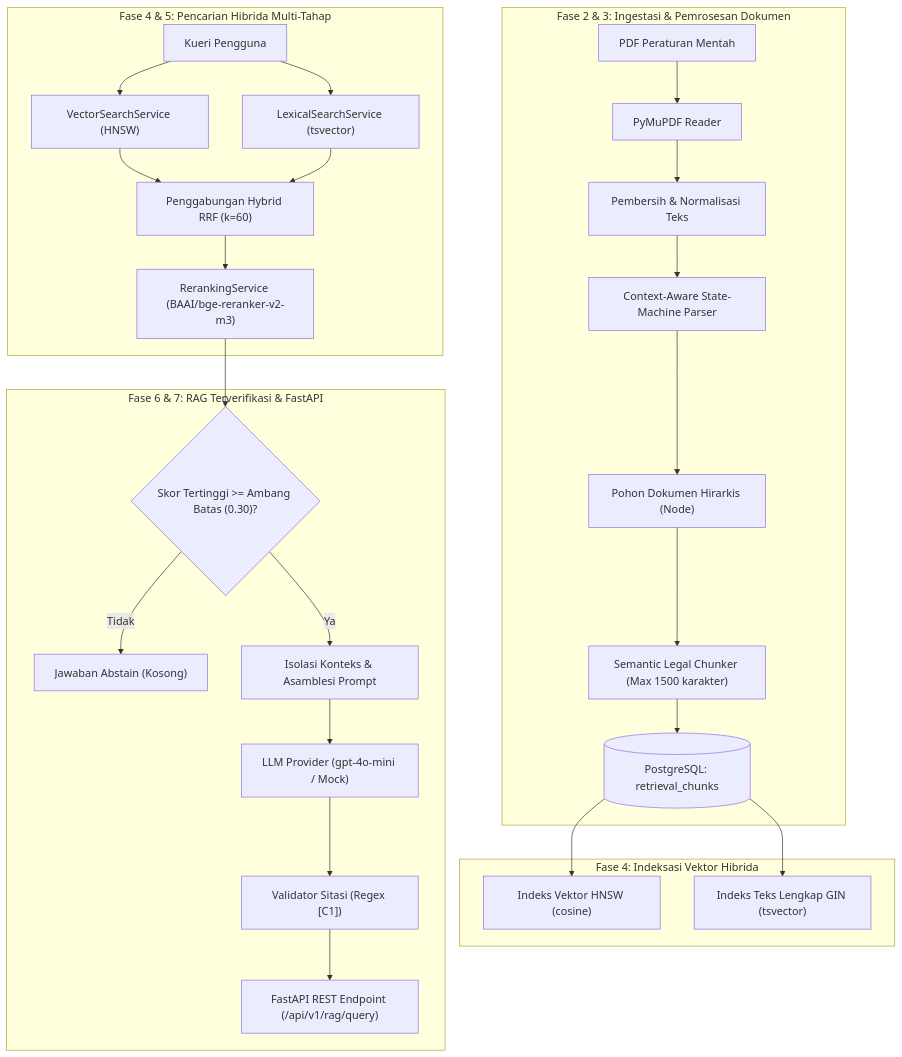
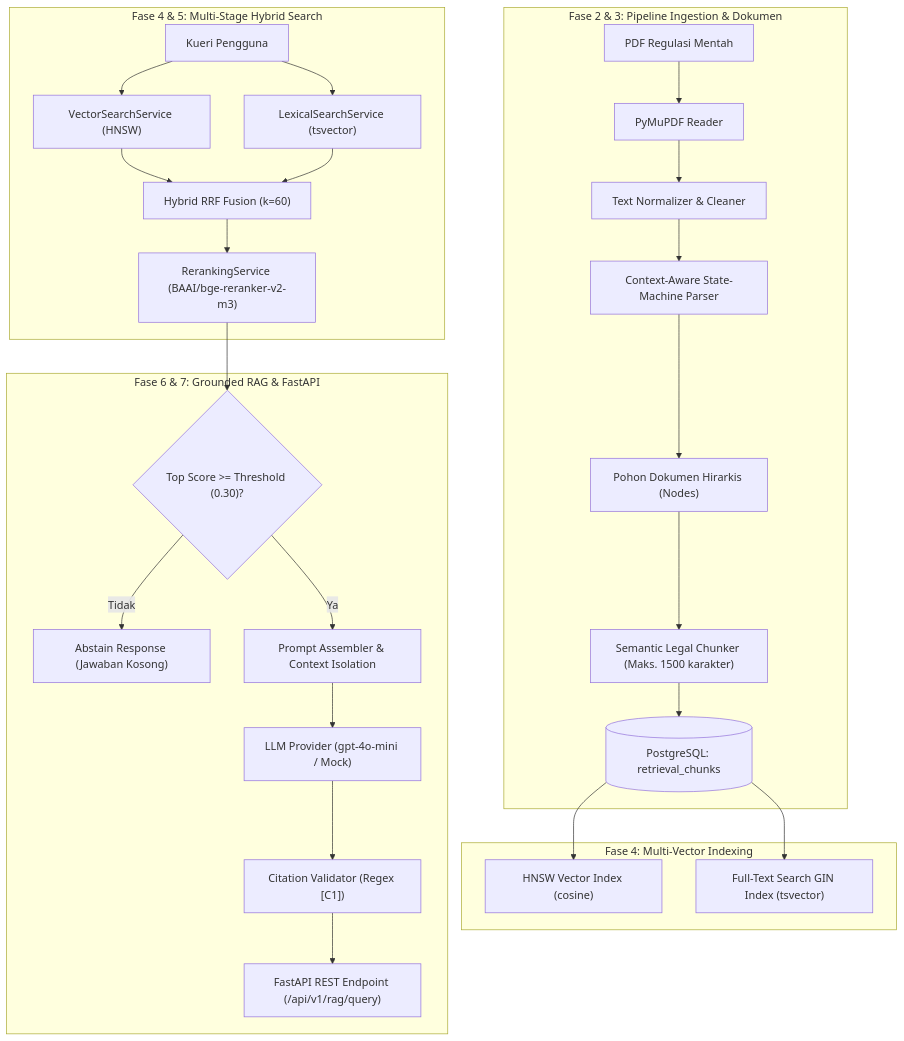
Before and after one commit to ilfijandrisno/finreg-intelligence-rag: the first of 3 diagrams in docs/architecture.id.md, drawn with Mermaid. The commit also changed other lines of this file and 18 other files, not shown here.

````diff
--- a/docs/architecture.id.md
+++ b/docs/architecture.id.md
@@ -13,33 +15,33 @@
 ```mermaid
 flowchart TD
-    subgraph Ingestion["Fase 2 & 3: Ingestasi & Pemrosesan Dokumen"]
-        PDF["PDF Peraturan Mentah"] --> Extractor["PyMuPDF Reader"]
-        Extractor --> Normalizer["Pembersih & Normalisasi Teks"]
-        Parser --> Tree["Pohon Dokumen Hirarkis (Node)"]
+    subgraph Ingestion["Fase 2 & 3: Pipeline Ingestion & Dokumen"]
+        PDF["PDF Regulasi Mentah"] --> Extractor["PyMuPDF Reader"]
+        Extractor --> Normalizer["Text Normalizer & Cleaner"]
         Normalizer --> Parser["Context-Aware State-Machine Parser"]
-        Tree --> Chunker["Semantic Legal Chunker (Max 1500 karakter)"]
+        Parser --> Tree["Pohon Dokumen Hirarkis (Nodes)"]
+        Tree --> Chunker["Semantic Legal Chunker (Maks. 1500 karakter)"]
         Chunker --> DB_Chunks[("PostgreSQL: retrieval_chunks")]
     end
 
-    subgraph Indexing["Fase 4: Indeksasi Vektor Hibrida"]
-        DB_Chunks --> HNSW["Indeks Vektor HNSW (cosine)"]
-        DB_Chunks --> GIN["Indeks Teks Lengkap GIN (tsvector)"]
+    subgraph Indexing["Fase 4: Multi-Vector Indexing"]
+        DB_Chunks --> HNSW["HNSW Vector Index (cosine)"]
+        DB_Chunks --> GIN["Full-Text Search GIN Index (tsvector)"]
     end
 
-    subgraph Retrieval["Fase 4 & 5: Pencarian Hibrida Multi-Tahap"]
+    subgraph Retrieval["Fase 4 & 5: Multi-Stage Hybrid Search"]
         UserQuery["Kueri Pengguna"] --> VectorSearch["VectorSearchService (HNSW)"]
         UserQuery --> LexicalSearch["LexicalSearchService (tsvector)"]
-        VectorSearch --> RRF["Penggabungan Hybrid RRF (k=60)"]
+        VectorSearch --> RRF["Hybrid RRF Fusion (k=60)"]
         LexicalSearch --> RRF
         RRF --> Reranker["RerankingService (BAAI/bge-reranker-v2-m3)"]
     end
 
-    subgraph Generation["Fase 6 & 7: RAG Terverifikasi & FastAPI"]
-        Reranker --> Gate{"Skor Tertinggi >= Ambang Batas (0.30)?"}
-        Gate -- Tidak --> Abstain["Jawaban Abstain (Kosong)"]
-        Gate -- Ya --> PromptBuilder["Isolasi Konteks & Asamblesi Prompt"]
+    subgraph Generation["Fase 6 & 7: Grounded RAG & FastAPI"]
+        Reranker --> Gate{"Top Score >= Threshold (0.30)?"}
+        Gate -- Tidak --> Abstain["Abstain Response (Jawaban Kosong)"]
+        Gate -- Ya --> PromptBuilder["Prompt Assembler & Context Isolation"]
         PromptBuilder --> LLM["LLM Provider (gpt-4o-mini / Mock)"]
-        LLM --> CitVal["Validator Sitasi (Regex [C1])"]
+        LLM --> CitVal["Citation Validator (Regex [C1])"]
         CitVal --> FastApi["FastAPI REST Endpoint (/api/v1/rag/query)"]
     end
 ```
````
